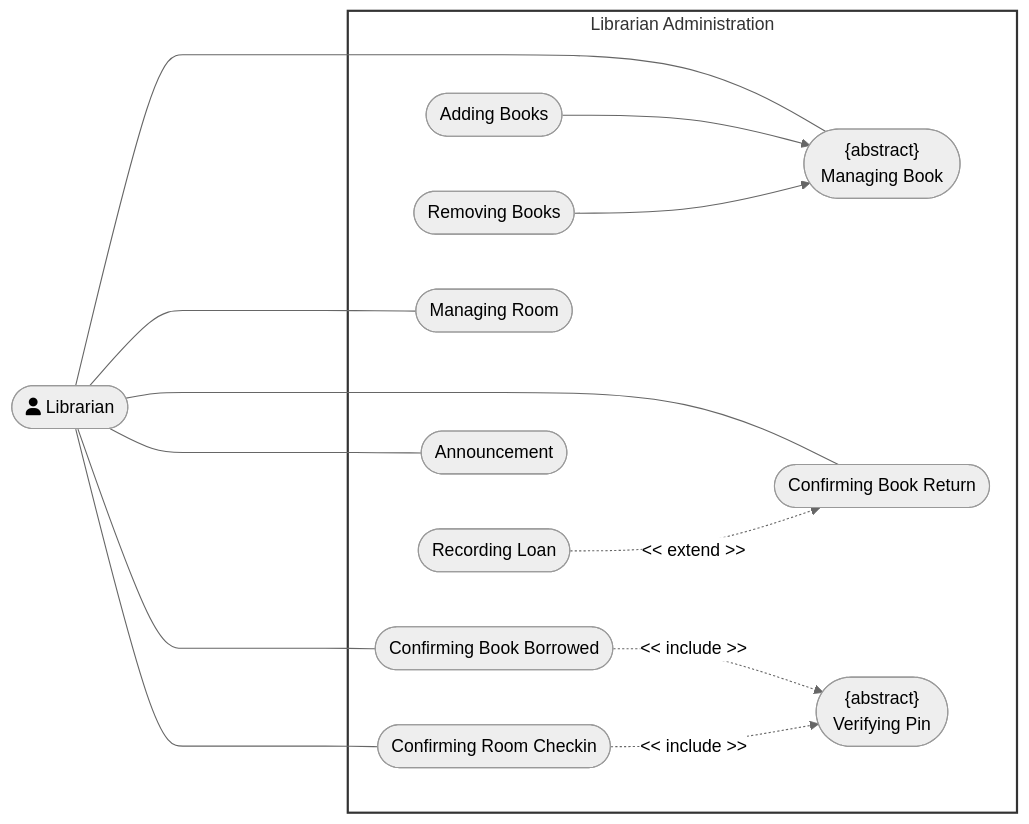
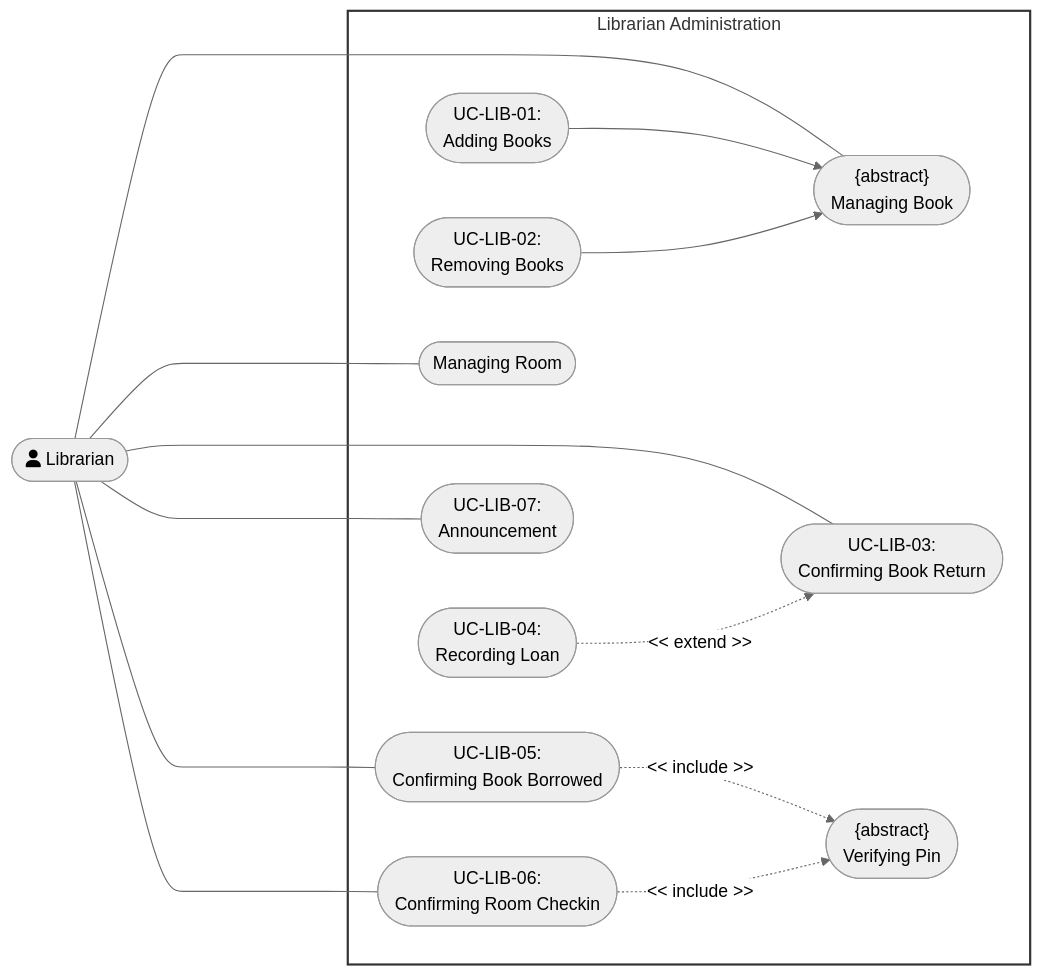
One commit to DuyNhat1705/AmeThyst-Library changed the eighth of 9 diagrams in docs/management/PA3/Use-CaseDiagram.md. Above: the diagram before and after it, drawn with Mermaid (neutral theme). The commit also changed other lines of this file and 4 other files, not shown here.

````diff
--- a/docs/management/PA3/Use-CaseDiagram.md
+++ b/docs/management/PA3/Use-CaseDiagram.md
@@ -323,27 +323,27 @@
 ```mermaid
 flowchart LR
  subgraph LibrarianAdministration["Librarian Administration"]
         UC1(["<center>{abstract}<br>Managing Book</center>"])
-        UC2(["Adding Books"])
-        UC3(["Removing Books"])
-        UC4(["Confirming Book Return"])
-        UC5(["Recording Loan"])
-        UC6(["Managing Room"])
+        UC2(["<center>UC-LIB-01:<br>Adding Books</center>"])
+        UC3(["<center>UC-LIB-02:<br>Removing Books</center>"])
+        UC4(["<center>UC-LIB-03:<br>Confirming Book Return</center>"])
+        UC5(["<center>UC-LIB-04:<br>Recording Loan</center>"])
+        UC6(["<center>Managing Room</center>"])
         UC7(["<center>{abstract}<br>Verifying Pin</center>"])
-        UC8(["Confirming Book Borrowed"])
-        UC9(["Confirming Room Checkin"])
-        UC10(["Announcement"])
+        UC8(["<center>UC-LIB-05:<br>Confirming Book Borrowed</center>"])
+        UC9(["<center>UC-LIB-06:<br>Confirming Room Checkin</center>"])
+        UC10(["<center>UC-LIB-07:<br>Announcement</center>"])
   end
-    Librarian(["fa:fa-user Librarian"]) ======= LibrarianAdministration
+    Librarian(["<center>fa:fa-user Librarian</center>"]) ======= LibrarianAdministration
     Librarian --- UC1 & UC6 & UC10 & UC8 & UC9 & UC4
     
     UC2 --> UC1
     UC3 --> UC1
 
     UC8 -. "<< include >>" .-> UC7
     UC9 -. "<< include >>" .-> UC7
     UC5 -. "<< extend >>" .-> UC4
 
     style LibrarianAdministration fill:#fff,stroke:#333,stroke-width:2px
     linkStyle 0 stroke:transparent
 ```
````
